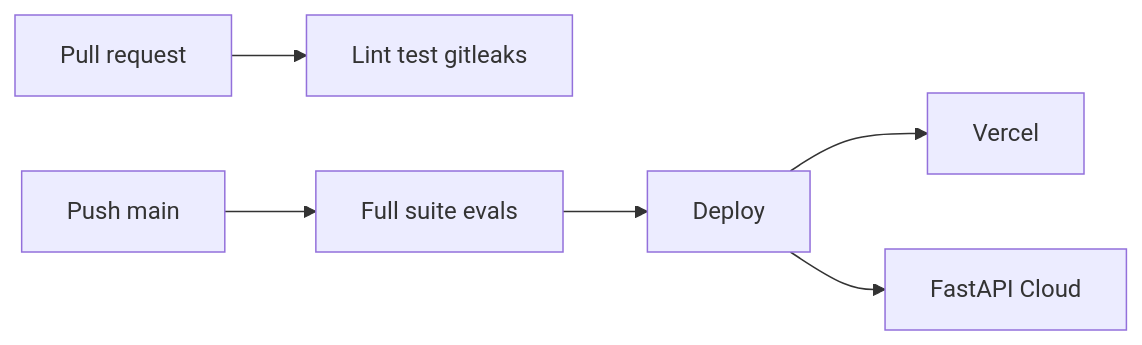
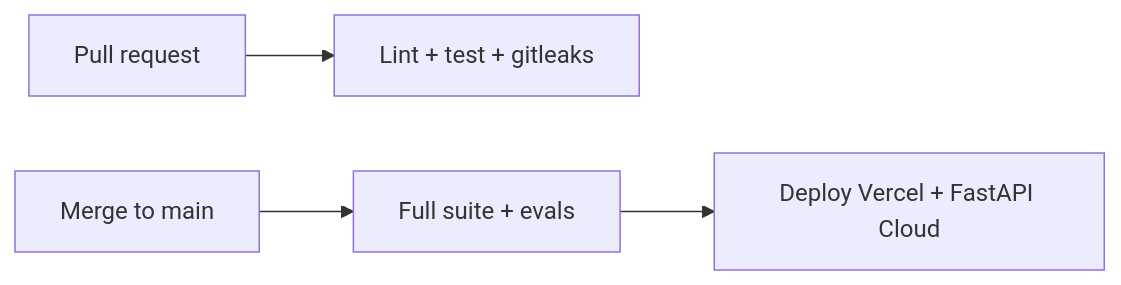
The seventh of 8 diagrams in README.md (nikhilmaguwala/enterprise-ai-agent), drawn with Mermaid before and after one commit. The commit also changed other lines of this file, not shown here.

First line of the commit message:
Redesign README for clarity and readable flowcharts.

````diff
--- a/README.md
+++ b/README.md
@@ -291,8 +292,6 @@
 ```mermaid
 flowchart LR
-  PR[Pull request] --> CI[Lint test gitleaks]
-  Main[Push main] --> T[Full suite evals]
-  T --> D[Deploy]
-  D --> V[Vercel]
-  D --> F[FastAPI Cloud]
+  PR[Pull request] --> CI[Lint + test + gitleaks]
+  MAIN[Merge to main] --> FULL[Full suite + evals]
+  FULL --> DEPLOY[Deploy Vercel + FastAPI Cloud]
 ```
````
